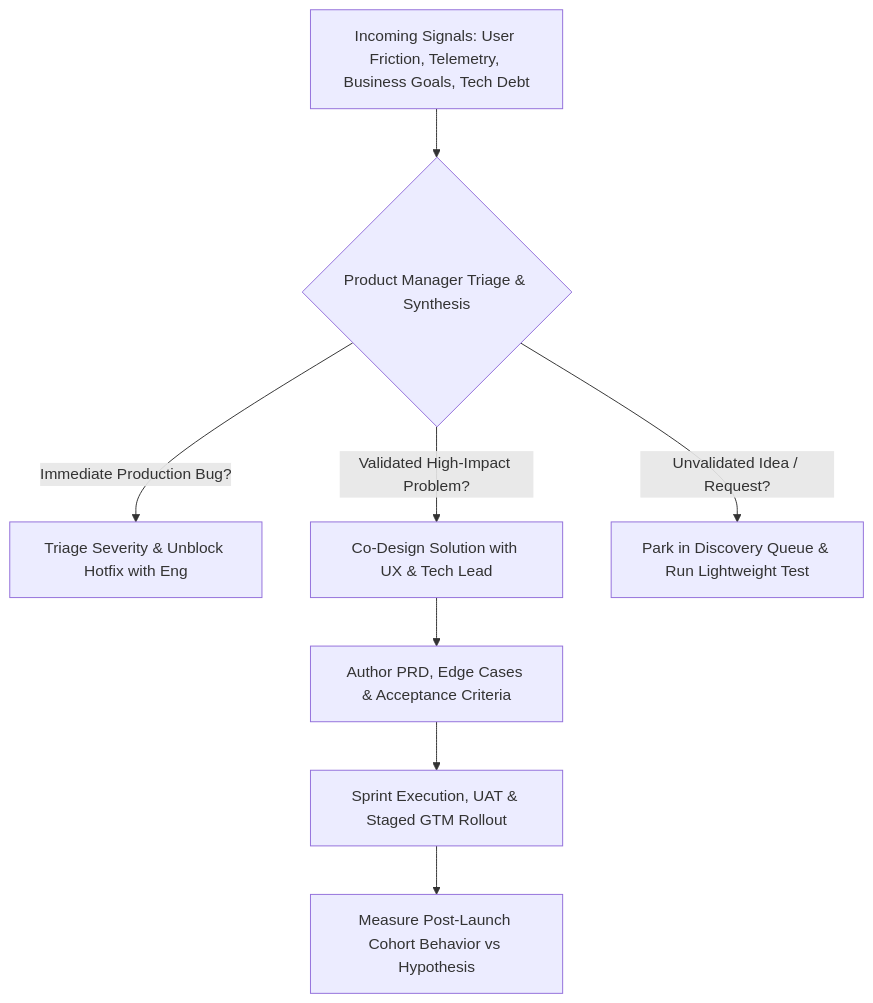
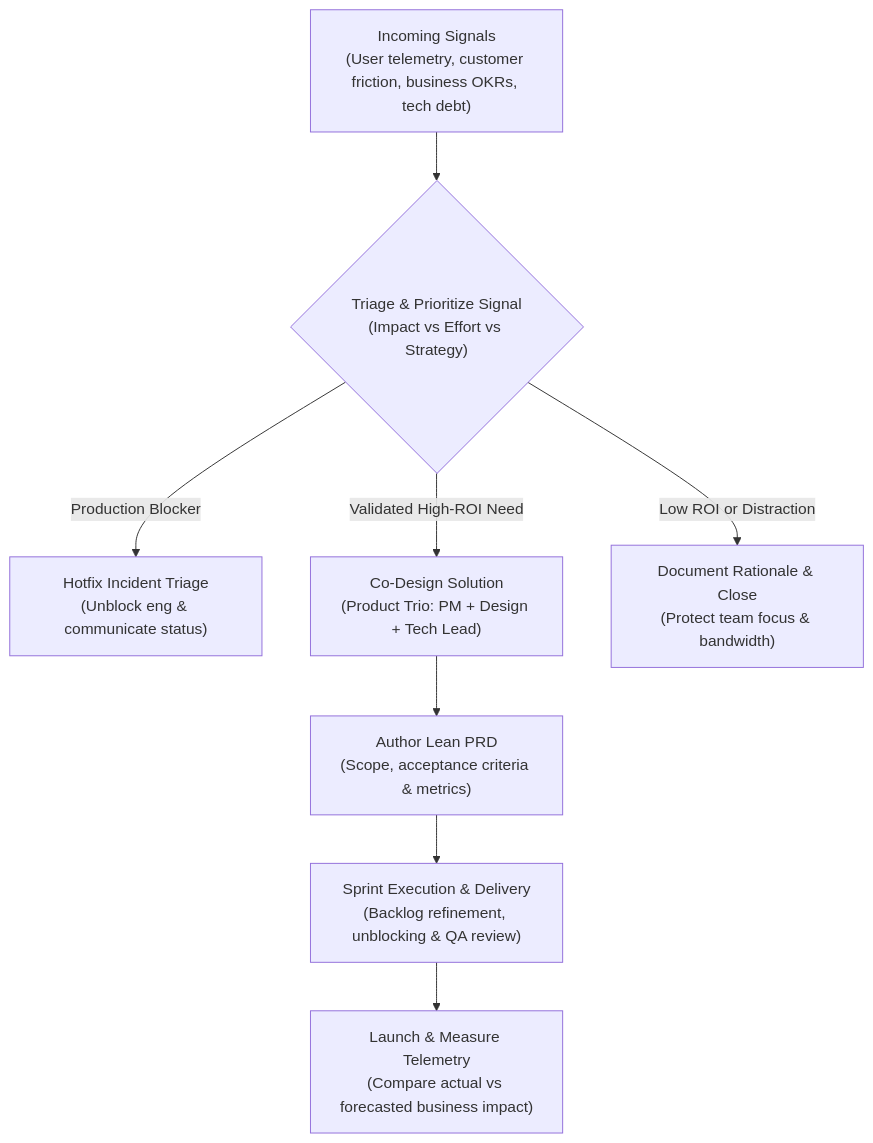
One commit to 07anishu12/07anishu12.github.io changed the diagram in data/blog/product/what-does-a-product-manager-do.md. Above: the diagram before and after it, drawn with Mermaid. The commit also changed 298 other files, not shown here.

Commit message:
feat(blog): publish complete 25-article product management compendium with responsive flowcharts and verified metadata

````diff
--- a/data/blog/product/what-does-a-product-manager-do.md
+++ b/data/blog/product/what-does-a-product-manager-do.md
@@ -126,10 +126,15 @@
 ```mermaid
 flowchart TD
-    A[Incoming Signals: User Friction, Telemetry, Business Goals, Tech Debt] --> B{Product Manager Triage & Synthesis}
-    B -->|Immediate Production Bug?| C[Triage Severity & Unblock Hotfix with Eng]
-    B -->|Validated High-Impact Problem?| D[Co-Design Solution with UX & Tech Lead]
-    B -->|Unvalidated Idea / Request?| E[Park in Discovery Queue & Run Lightweight Test]
-    D --> F[Author PRD, Edge Cases & Acceptance Criteria]
-    F --> G[Sprint Execution, UAT & Staged GTM Rollout]
-    G --> H[Measure Post-Launch Cohort Behavior vs Hypothesis]
+    Signals["Incoming Signals<br/>(User telemetry, customer friction, business OKRs, tech debt)"]
+    Triage{"Triage & Prioritize Signal<br/>(Impact vs Effort vs Strategy)"}
+
+    Signals --> Triage
+
+    Triage -->|"Production Blocker"| Hotfix["Hotfix Incident Triage<br/>(Unblock eng & communicate status)"]
+    Triage -->|"Validated High-ROI Need"| Discovery["Co-Design Solution<br/>(Product Trio: PM + Design + Tech Lead)"]
+    Triage -->|"Low ROI or Distraction"| Reject["Document Rationale & Close<br/>(Protect team focus & bandwidth)"]
+
+    Discovery --> PRD["Author Lean PRD<br/>(Scope, acceptance criteria & metrics)"]
+    PRD --> Sprint["Sprint Execution & Delivery<br/>(Backlog refinement, unblocking & QA review)"]
+    Sprint --> Launch["Launch & Measure Telemetry<br/>(Compare actual vs forecasted business impact)"]
 ```
````
